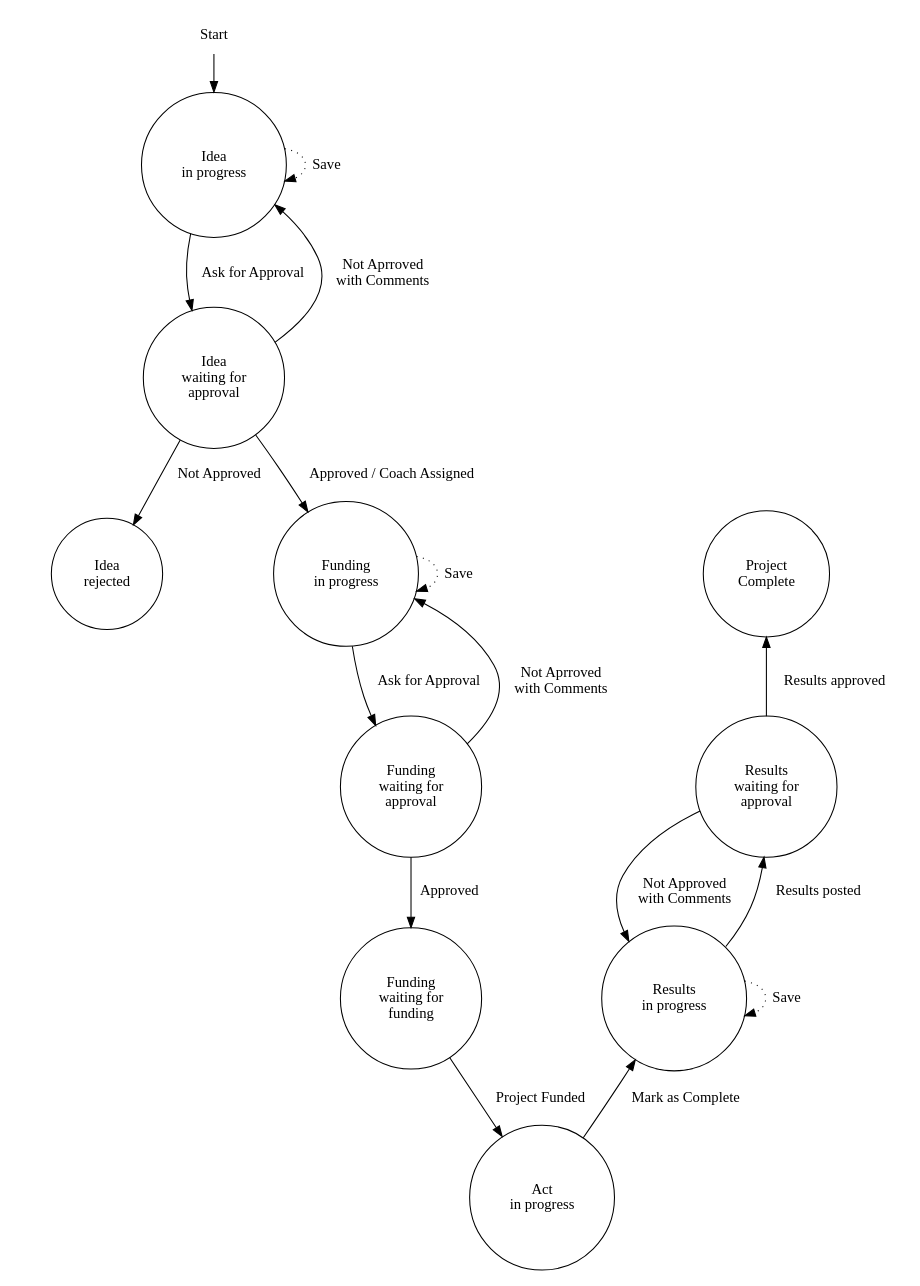
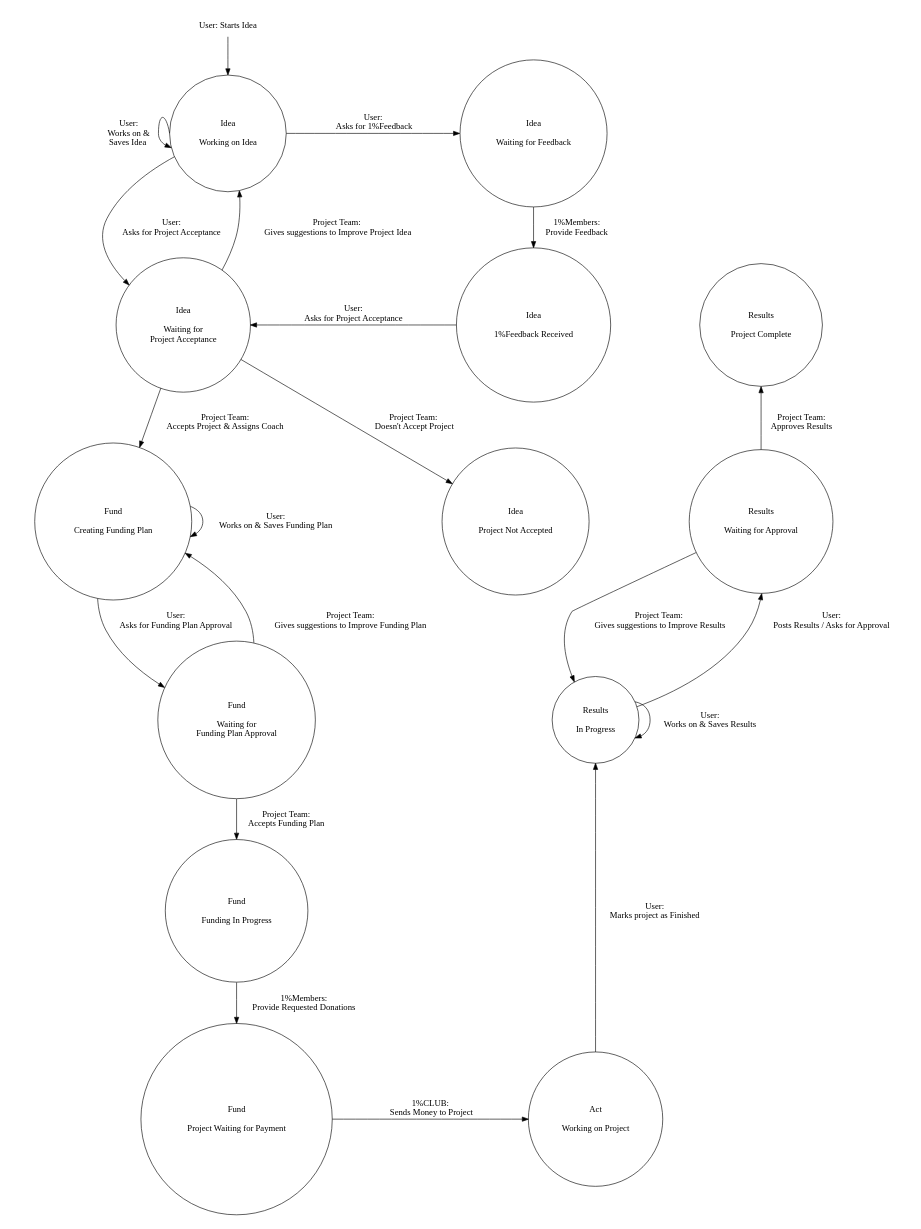
Before and after one commit to onepercentclub/onepercentclub-site: the diagram in docs/projects/projects-state-diagram.dot, drawn with Graphviz.

Commit message:
Update projects states diagram.

```diff
--- a/docs/projects/projects-state-diagram.dot
+++ b/docs/projects/projects-state-diagram.dot
@@ -1,81 +1,97 @@
 // http://old.nabble.com/Fixedsize-nodes-respecting-label-size-td23537069.html
 //
 // Generate pdf with this line to get equal sized nodes:
 //
-// dot -Tpdf -Nwidth=$(dot project-states.dot | sed -E -n 's/^.*width="([0-9.]+)".*$/\1/p' | sort | tail -1) -O project-states.dot
+// dot -Tpdf -Nwidth=$(dot projects-state-diagram.dot | sed -E -n 's/^.*width="([0-9.]+)".*$/\1/p' | sort | tail -1) -O projects-state-diagram.dot
 
 digraph G {
 	/*
 	 * Global graph settings
 	 */
-        size="7.87,11.29"; // fit on A4 paper (size in inches)
+    size="7.87,11.29"; // fit on A4 paper (size in inches)
 	ratio=fill;
 	margin="0.2";
 	node [ shape=circle ];
 
 	/*
 	 * Edge definitions
 	 */
 	// Idea: in progress
-	Start -> idea_in_progress;
-	idea_in_progress -> idea_in_progress [ label=" Save",style=dotted ];
-	idea_in_progress -> idea_waiting_for_approval [ label=" Ask for Approval" ];
+	start -> idea_working_on_idea;
+	idea_working_on_idea -> idea_working_on_idea [ label=" User:\nWorks on &\n  Saves Idea  ", tailport=w ];
+	idea_working_on_idea -> idea_waiting_for_project_acceptance [ label="User:\n Asks for Project Acceptance " ];
+	idea_working_on_idea -> idea_waiting_for_feedback [ label="User:\n  Asks for 1%Feedback" ];
+
+	// Idea: waiting for feedback
+	idea_waiting_for_feedback -> idea_feedback_received [ label="  1%Members:\n  Provide Feedback" ];
+
+	// Idea: feedback received
+    idea_feedback_received -> idea_waiting_for_project_acceptance[ label="User:\nAsks for Project Acceptance" ];
 
 	// Idea: waiting for approval
-	idea_waiting_for_approval -> idea_in_progress  [ label=" Not Aprroved\n with Comments" ];
-	idea_waiting_for_approval -> idea_rejected [ label=" Not Approved" ];
-	idea_waiting_for_approval -> funding_in_progress [ label=" Approved / Coach Assigned" ];
+	idea_waiting_for_project_acceptance -> idea_working_on_idea  [ label="Project Team:\n  Gives suggestions to Improve Project Idea" ];
+	idea_waiting_for_project_acceptance -> idea_project_not_accepted [ label="Project Team:\n  Doesn't Accept Project" ];
+    idea_waiting_for_project_acceptance -> fund_creating_funding_plan [ label="Project Team:\n Accepts Project & Assigns Coach" ];
 
-	// Plan: in progress
-	funding_in_progress -> funding_in_progress [ label=" Save",style=dotted ];
-	funding_in_progress -> funding_waiting_for_approval [ label=" Ask for Approval" ];
+	// Fund: creating funding plan
+	fund_creating_funding_plan -> fund_creating_funding_plan [ label="User:\n Works on & Saves Funding Plan" ];
+	fund_creating_funding_plan -> fund_waiting_for_plan_approval [ label="User:\nAsks for Funding Plan Approval" ];
 
-	// Plan: waiting for approval
-	funding_waiting_for_approval -> funding_in_progress  [ label=" Not Aprroved\n with Comments" ];
-	funding_waiting_for_approval -> funding_waiting_for_funding [ label=" Approved" ];
+	// Fund: waiting for plan approval
+	fund_waiting_for_plan_approval -> fund_creating_funding_plan  [ label="Project Team:\n Gives suggestions to Improve Funding Plan" ];
+	fund_waiting_for_plan_approval -> fund_funding_in_progress [ label="Project Team:\n Accepts Funding Plan" ];
 
-	// Plan: waiting for funding
-	funding_waiting_for_funding -> act_in_progress [ label=" Project Funded" ];
+	// Fund: funding in progress
+	fund_funding_in_progress -> fund_project_waiting_for_payment [ label="1%Members:\n Provide Requested Donations" ];
+
+	// Fund: funding in progress
+	fund_project_waiting_for_payment -> act_working_on_project [ label="1%CLUB:\n  Sends Money to Project" ];
 
 	// Act: in progress
-	act_in_progress -> results_in_progress [ label=" Mark as Complete" ];
+	act_working_on_project -> results_in_progress [ label="User:\n Marks project as Finished" ];
 
 	// Results: in progress
-	results_in_progress -> results_in_progress [ label=" Save",style=dotted ];
-	results_in_progress -> results_waiting_for_approval [ label=" Results posted" ];
+	results_in_progress -> results_in_progress [ label=" User:\n Works on & Saves Results" ];
+	results_in_progress -> results_waiting_for_approval [ label=" User:\n Posts Results / Asks for Approval" ];
 
 	// Results: waiting for approval
-	results_waiting_for_approval -> results_in_progress [ label=" Not Approved\n with Comments" ];
-	results_waiting_for_approval -> project_complete [ label=" Results approved" ];
+	results_waiting_for_approval -> results_in_progress [ label=" Project Team:\n  Gives suggestions to Improve Results" ];
+	results_waiting_for_approval -> results_project_complete [ label=" Project Team:\n Approves Results" ];
 
 	/*
 	 * Node properties
 	 */
 	// start / end
-	Start [ shape=plaintext ];
-	project_complete [ label="Project\nComplete" ];
+	start [ label="User: Starts Idea", shape=plaintext ];
 
 	// Idea
-	idea_in_progress [ label="Idea\nin progress" ];
-	idea_waiting_for_approval [ label="Idea\nwaiting for\napproval" ];
-	idea_rejected [ label="Idea\nrejected",shape=circle ];
+	idea_working_on_idea [ label="Idea\n\nWorking on Idea" ];
+	idea_waiting_for_project_acceptance [ label="Idea\n\nWaiting for\nProject Acceptance" ];
+	idea_project_not_accepted [ label="Idea\n\nProject Not Accepted",shape=circle ];
+	idea_waiting_for_feedback [ label="Idea\n\nWaiting for Feedback",shape=circle ];
+	idea_feedback_received [ label="Idea\n\n1%Feedback Received",shape=circle ];
 
 	// Funding
-	funding_in_progress [ label="Funding\nin progress",shape=circle ];
-	funding_waiting_for_approval [ label="Funding\nwaiting for\napproval" ];
-	funding_waiting_for_funding [ label="Funding\nwaiting for\nfunding" ];
+	fund_creating_funding_plan [ label="Fund\n\nCreating Funding Plan",shape=circle ];
+	fund_waiting_for_plan_approval [ label="Fund\n\nWaiting for\nFunding Plan Approval" ];
+	fund_funding_in_progress [ label="Fund\n\nFunding In Progress" ];
+	fund_project_waiting_for_payment [ label="Fund\n\nProject Waiting for Payment",shape=circle ];
 
 	// Act
-	act_in_progress [ label="Act\nin progress" ];
+	act_working_on_project [ label="Act\n\nWorking on Project" ];
 
 	// Results
-	results_in_progress [ label="Results\nin progress" ];
-	results_waiting_for_approval [ label="Results\nwaiting for\napproval" ];
+	results_in_progress [ label="Results\n\nIn Progress" ];
+	results_waiting_for_approval [ label="Results\n\nWaiting for Approval" ];
+	results_project_complete [ label="Results\n\nProject Complete" ];
 
 	/*
 	 * Node levels
 	 */
-	{ rank=same; funding_in_progress project_complete };
-	{ rank=same; funding_waiting_for_approval results_waiting_for_approval };
-	{ rank=same; funding_waiting_for_funding results_in_progress };
+	{ rank=same; idea_working_on_idea idea_waiting_for_feedback };
+	{ rank=same; idea_feedback_received idea_waiting_for_project_acceptance results_project_complete };
+	{ rank=same; fund_creating_funding_plan results_waiting_for_approval };
+	{ rank=same; fund_waiting_for_plan_approval results_in_progress };
+	{ rank=same; fund_funding_in_progress };
+	{ rank=same; fund_project_waiting_for_payment act_working_on_project };
 }
```
